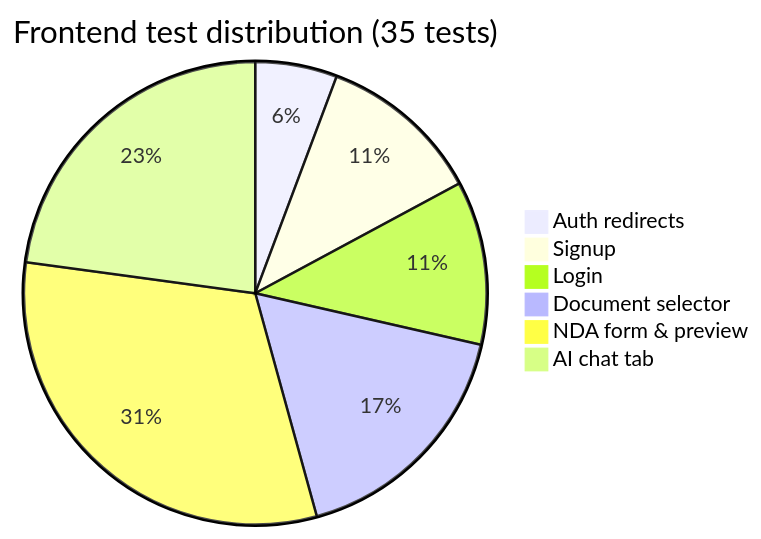
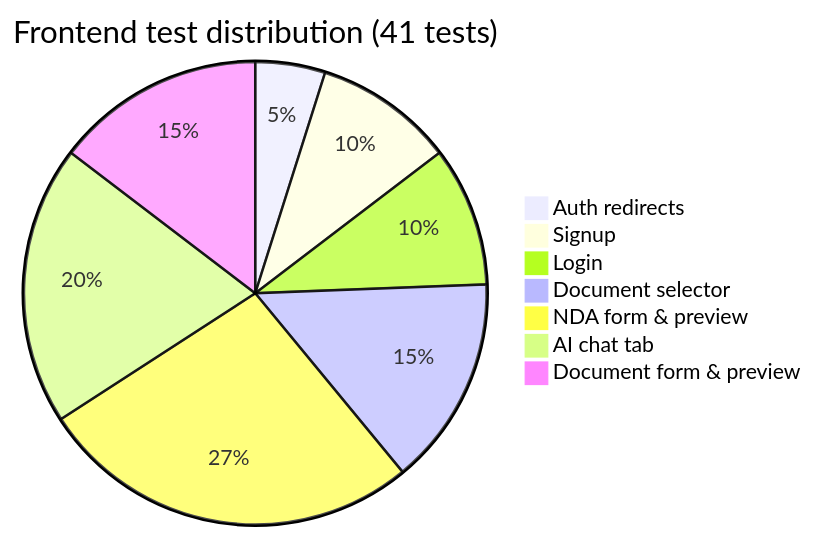
The third of 6 diagrams in docs/test-coverage-report.md (shaynemeyer/prelegal), drawn with Mermaid before and after one commit. The commit also changed other lines of this file and 6 other files, not shown here.

First line of the commit message:
feat: add preview page for non-NDA document forms

````diff
--- a/docs/test-coverage-report.md
+++ b/docs/test-coverage-report.md
@@ -91,9 +91,10 @@
 ```mermaid
-pie title Frontend test distribution (35 tests)
+pie title Frontend test distribution (41 tests)
     "Auth redirects" : 2
     "Signup" : 4
     "Login" : 4
     "Document selector" : 6
     "NDA form & preview" : 11
     "AI chat tab" : 8
+    "Document form & preview" : 6
 ```
````
